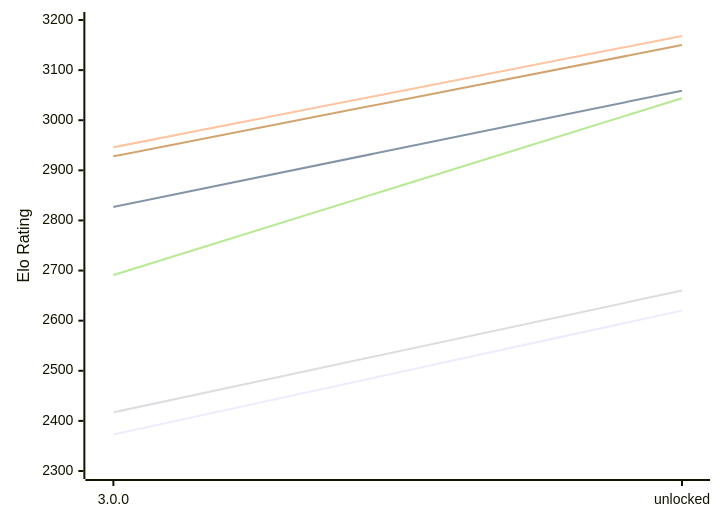
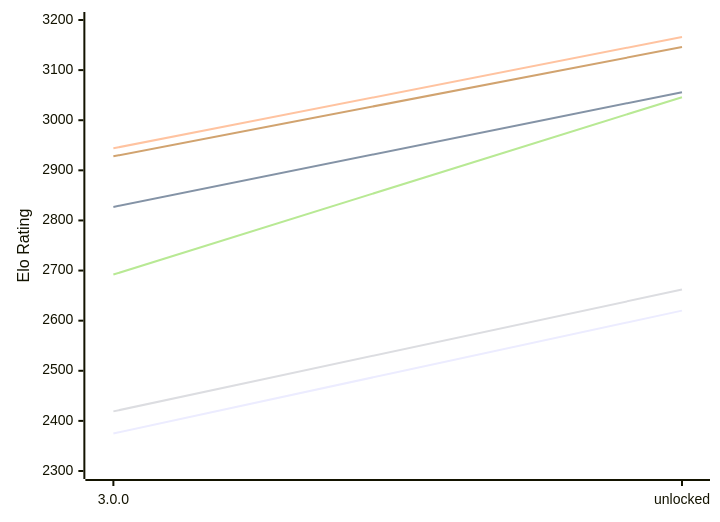
Before and after one commit to computer-chess-index/cci: the first of 2 diagrams in engines/Potential.md, drawn with Mermaid. The commit also changed other lines of this file, not shown here.

Commit message:
Update CCI Ratings (ELO VLTC) - 2026-11-19

````diff
--- a/engines/Potential.md
+++ b/engines/Potential.md
@@ -51,12 +51,12 @@
 ```mermaid
 %%{init: {"theme":"base","themeVariables":{"seriesColors:['#a3a3a3','#222221','#faa371']}}}%%
 xychart-beta
   x-axis ["3.0.0", "unlocked"]
   y-axis "Elo Rating" 2300 --> 3200
-  line "E1: STC (8.0+0.08s)" [2373, 2620]
-  line "E1: LTC (60.0+0.60s)" [2827, 3059]
-  line "E1: VLTC (2m24s+1.12s)" [2946, 3168]
-  line "P1: STC (8.0+0.08s)" [2417, 2660]
-  line "P1: LTC (60.0+0.60s)" [2691, 3044]
-  line "P1: VLTC (2m24s+1.12s)" [2928, 3150]
+  line "E1: STC (8.0+0.08s)" [2375, 2620]
+  line "E1: LTC (60.0+0.60s)" [2827, 3056]
+  line "E1: VLTC (2m24s+1.12s)" [2944, 3166]
+  line "P1: STC (8.0+0.08s)" [2419, 2662]
+  line "P1: LTC (60.0+0.60s)" [2692, 3046]
+  line "P1: VLTC (2m24s+1.12s)" [2928, 3146]
 ```
````
